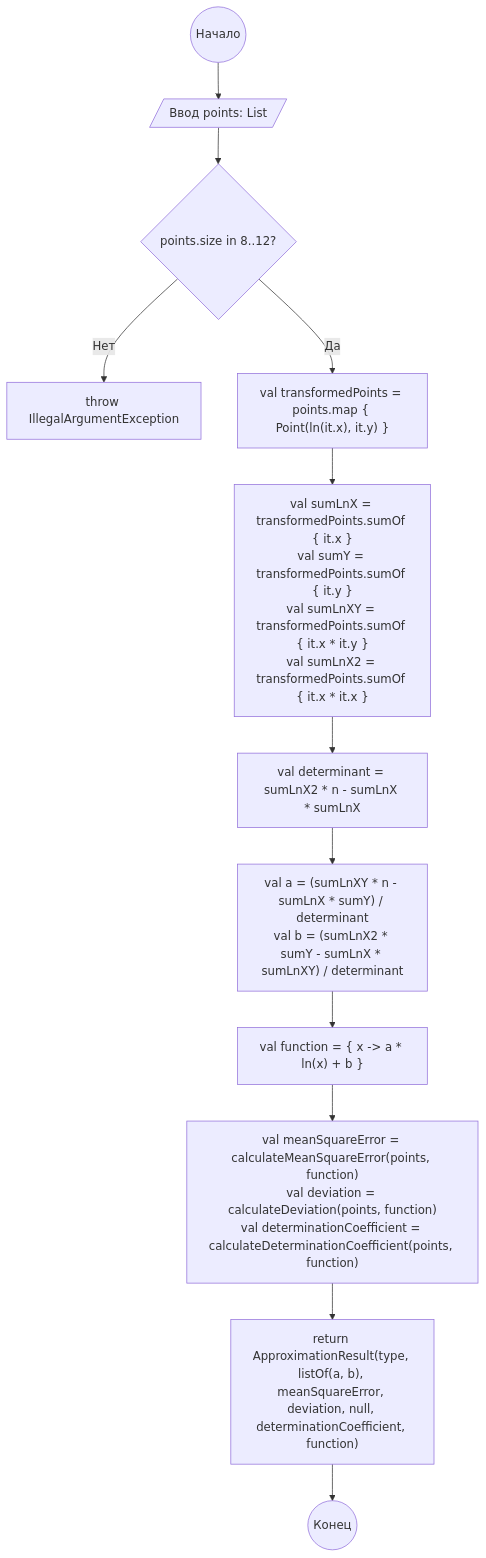
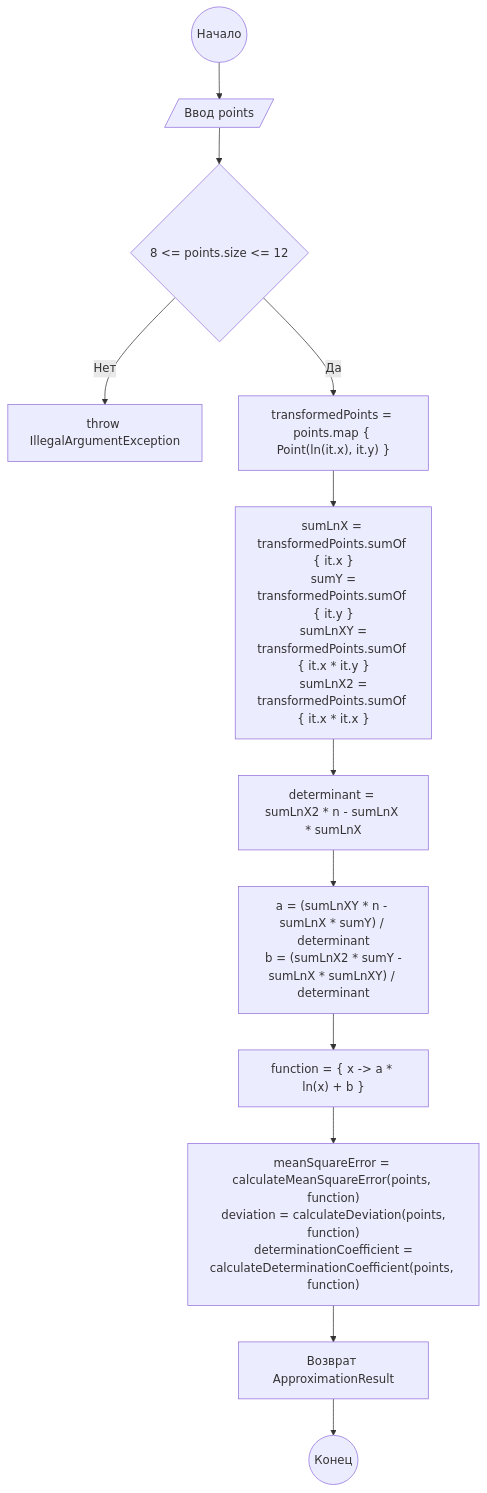
The diagram in docs/schemes/logarithmic_approximator.mmd (arekalov/CompMat-lab4), drawn with Mermaid before and after one commit. The commit also changed 6 other files, not shown here.

```diff
--- a/docs/schemes/logarithmic_approximator.mmd
+++ b/docs/schemes/logarithmic_approximator.mmd
@@ -1,12 +1,12 @@
 flowchart TD
-    A(("Начало")) --> B[/"Ввод points: List<Point>"/]
-    B --> C{"points.size in 8..12?"}
+    A(("Начало")) --> B[/"Ввод points"/]
+    B --> C{"8 <= points.size <= 12"}
     C -->|"Нет"| D["throw IllegalArgumentException"]
-    C -->|"Да"| E["val transformedPoints = points.map { Point(ln(it.x), it.y) }"]
-    E --> F["val sumLnX = transformedPoints.sumOf { it.x }\nval sumY = transformedPoints.sumOf { it.y }\nval sumLnXY = transformedPoints.sumOf { it.x * it.y }\nval sumLnX2 = transformedPoints.sumOf { it.x * it.x }"]
-    F --> G["val determinant = sumLnX2 * n - sumLnX * sumLnX"]
-    G --> H["val a = (sumLnXY * n - sumLnX * sumY) / determinant\nval b = (sumLnX2 * sumY - sumLnX * sumLnXY) / determinant"]
-    H --> I["val function = { x -> a * ln(x) + b }"]
-    I --> J["val meanSquareError = calculateMeanSquareError(points, function)\nval deviation = calculateDeviation(points, function)\nval determinationCoefficient = calculateDeterminationCoefficient(points, function)"]
-    J --> K["return ApproximationResult(type, listOf(a, b), meanSquareError, deviation, null, determinationCoefficient, function)"]
+    C -->|"Да"| E[" transformedPoints = points.map { Point(ln(it.x), it.y) }"]
+    E --> F[" sumLnX = transformedPoints.sumOf { it.x }\n sumY = transformedPoints.sumOf { it.y }\n sumLnXY = transformedPoints.sumOf { it.x * it.y }\n sumLnX2 = transformedPoints.sumOf { it.x * it.x }"]
+    F --> G[" determinant = sumLnX2 * n - sumLnX * sumLnX"]
+    G --> H[" a = (sumLnXY * n - sumLnX * sumY) / determinant\n b = (sumLnX2 * sumY - sumLnX * sumLnXY) / determinant"]
+    H --> I[" function = { x -> a * ln(x) + b }"]
+    I --> J[" meanSquareError = calculateMeanSquareError(points, function)\n deviation = calculateDeviation(points, function)\n determinationCoefficient = calculateDeterminationCoefficient(points, function)"]
+    J --> K["Возврат ApproximationResult"]
     K --> L(("Конец"))
```
